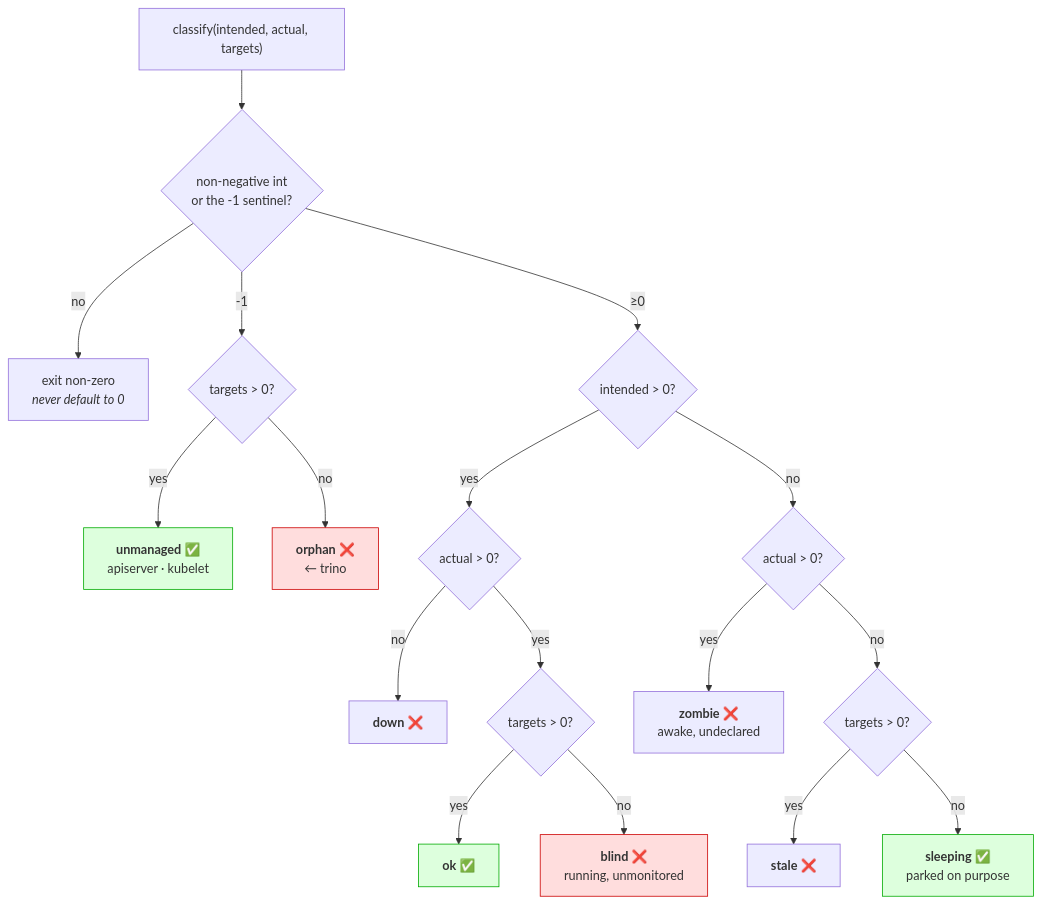
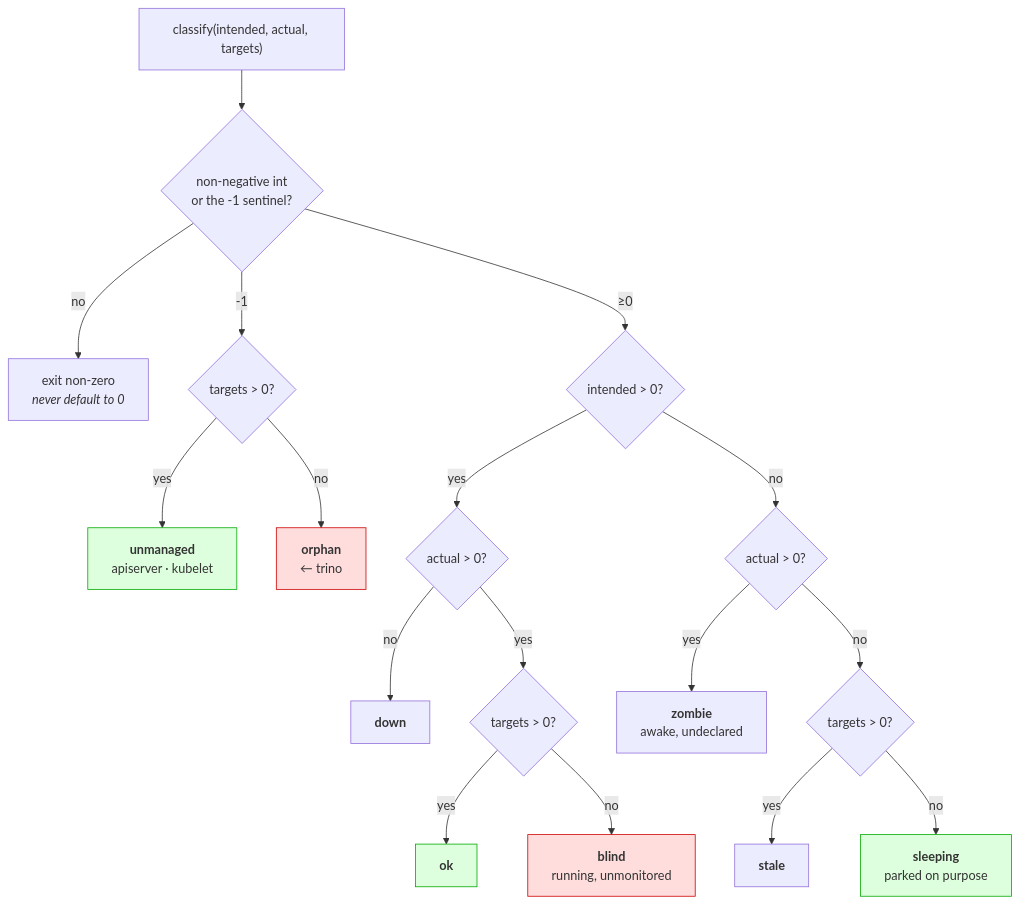
The third of 3 diagrams in docs/diagrams/flow-servicemonitor-coverage.md (edtbl76/weyland-lab), drawn with Mermaid before and after one commit. The commit also changed other lines of this file and 2 other files, not shown here.

Commit message:
Update `README.md` terminology for clarity
- **Replaced** checkmark symbols with `DONE`, `MISSING`, and `PARTIAL` statuses for better clarity and consistency.
- **Aligned** status terms in the coverage matrix to enhance readability and comprehension of workflow completion stages.

````diff
--- a/docs/diagrams/flow-servicemonitor-coverage.md
+++ b/docs/diagrams/flow-servicemonitor-coverage.md
@@ -63,27 +63,27 @@
 ```mermaid
 flowchart TD
     A["classify(intended, actual, targets)"] --> V{"non-negative int<br/>or the -1 sentinel?"}
     V -- no --> ERR["exit non-zero<br/><i>never default to 0</i>"]
     V -- "-1" --> U{"targets > 0?"}
-    U -- yes --> UM["<b>unmanaged</b> ✅<br/>apiserver · kubelet"]
-    U -- no --> OR["<b>orphan</b> ❌<br/>← trino"]
+    U -- yes --> UM["<b>unmanaged</b><br/>apiserver · kubelet"]
+    U -- no --> OR["<b>orphan</b><br/>← trino"]
     V -- "&ge;0" --> I{"intended > 0?"}
 
     I -- yes --> R{"actual &gt; 0?"}
-    R -- no --> DN["<b>down</b> ❌"]
+    R -- no --> DN["<b>down</b>"]
     R -- yes --> T{"targets &gt; 0?"}
-    T -- yes --> OK["<b>ok</b> ✅"]
-    T -- no --> BL["<b>blind</b> ❌<br/>running, unmonitored"]
+    T -- yes --> OK["<b>ok</b>"]
+    T -- no --> BL["<b>blind</b><br/>running, unmonitored"]
 
     I -- no --> Z{"actual &gt; 0?"}
-    Z -- yes --> ZO["<b>zombie</b> ❌<br/>awake, undeclared"]
+    Z -- yes --> ZO["<b>zombie</b><br/>awake, undeclared"]
     Z -- no --> ST{"targets &gt; 0?"}
-    ST -- yes --> SL["<b>stale</b> ❌"]
-    ST -- no --> SP["<b>sleeping</b> ✅<br/>parked on purpose"]
+    ST -- yes --> SL["<b>stale</b>"]
+    ST -- no --> SP["<b>sleeping</b><br/>parked on purpose"]
 
     style BL fill:#ffdddd,stroke:#cc0000
     style OR fill:#ffdddd,stroke:#cc0000
     style SP fill:#ddffdd,stroke:#00aa00
     style UM fill:#ddffdd,stroke:#00aa00
     style OK fill:#ddffdd,stroke:#00aa00
 ```
````
